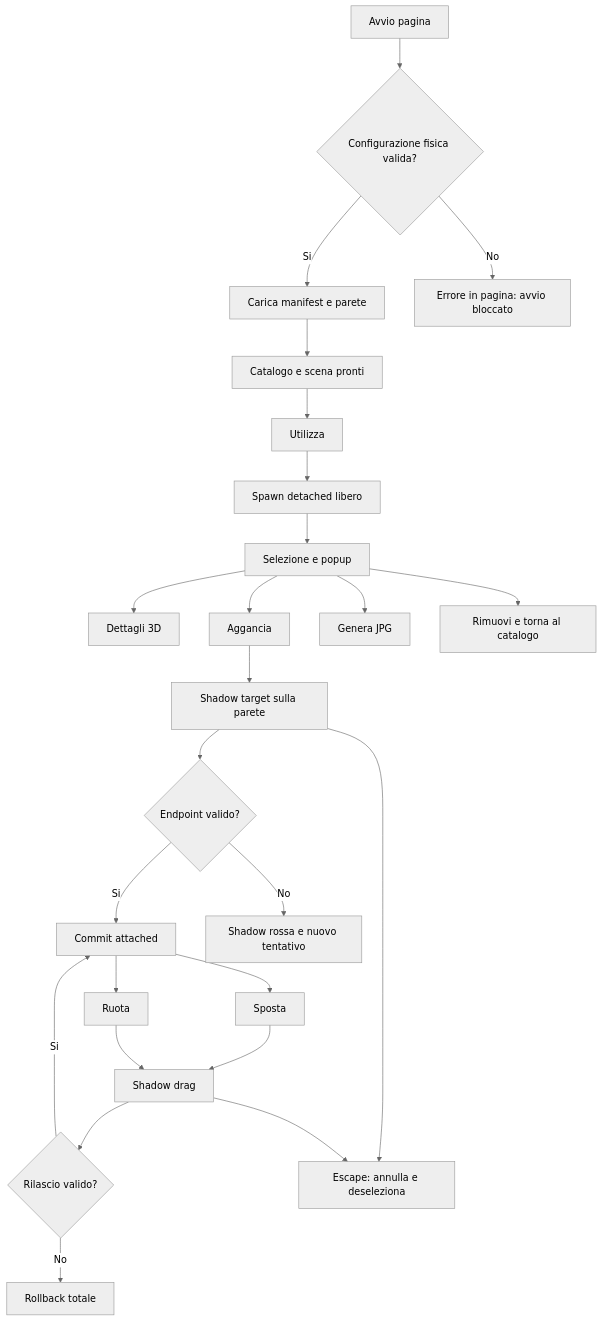
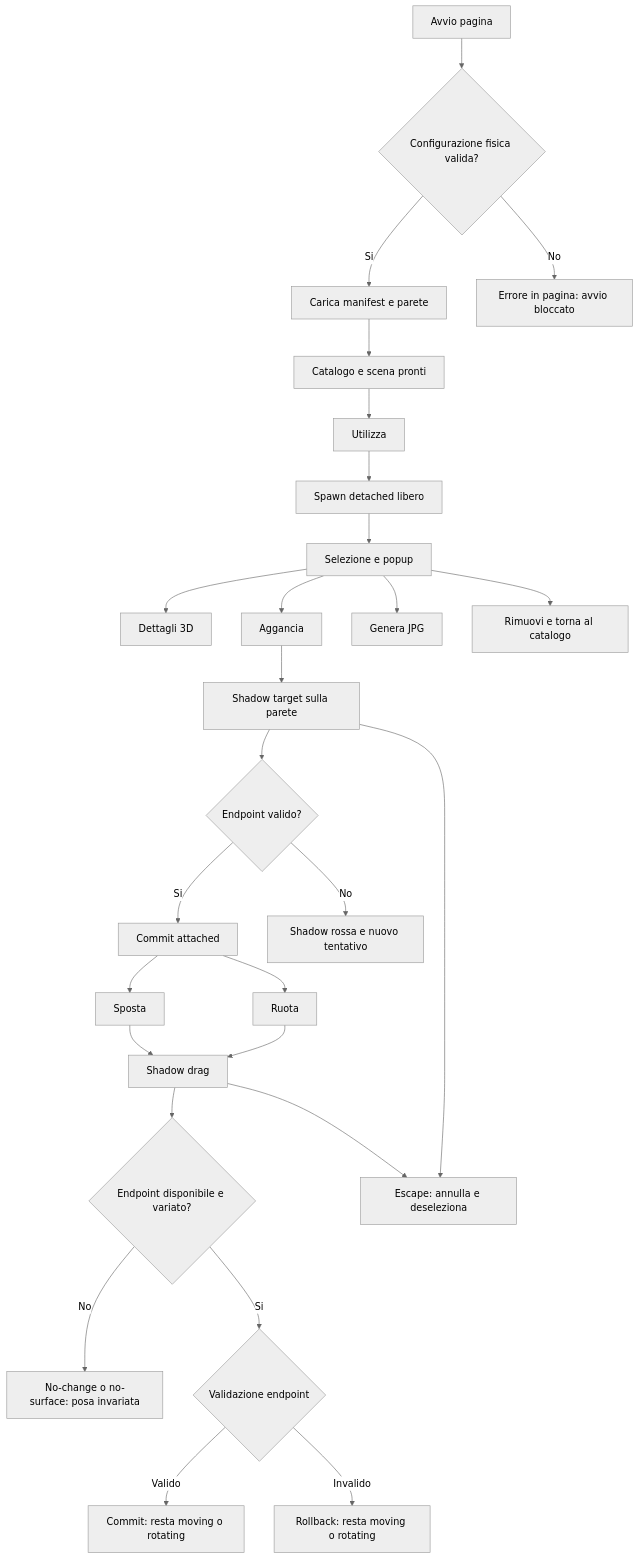
The sixth of 9 diagrams in gpt-5.6-sol/the-route-setter-beta/docs/applicazione.md (filippocurati/DEV.TEST-the-route-setter-beta), drawn with Mermaid (neutral theme) before and after one commit. The commit also changed other lines of this file and 93 other files, not shown here.

````diff
--- a/gpt-5.6-sol/the-route-setter-beta/docs/applicazione.md
+++ b/gpt-5.6-sol/the-route-setter-beta/docs/applicazione.md
@@ -129,27 +157,29 @@
 ```mermaid
 flowchart TD
   START[Avvio pagina] --> CONFIG{Configurazione fisica valida?}
   CONFIG -->|Si| LOAD[Carica manifest e parete]
   CONFIG -->|No| ERROR[Errore in pagina: avvio bloccato]
   LOAD --> READY[Catalogo e scena pronti]
   READY --> USE[Utilizza]
   USE --> SPAWN[Spawn detached libero]
   SPAWN --> SELECT[Selezione e popup]
   SELECT --> DETAILS[Dettagli 3D]
   SELECT --> ATTACH[Aggancia]
   ATTACH --> TARGET[Shadow target sulla parete]
   TARGET --> VALID{Endpoint valido?}
   VALID -->|Si| COMMIT[Commit attached]
   VALID -->|No| RETRY[Shadow rossa e nuovo tentativo]
   COMMIT --> MOVE[Sposta]
   COMMIT --> ROTATE[Ruota]
   MOVE --> PREVIEW[Shadow drag]
   ROTATE --> PREVIEW
-  PREVIEW --> ENDPOINT{Rilascio valido?}
-  ENDPOINT -->|Si| COMMIT
-  ENDPOINT -->|No| ROLLBACK[Rollback totale]
+  PREVIEW --> ENDPOINT{Endpoint disponibile e variato?}
+  ENDPOINT -->|No| UNCHANGED[No-change o no-surface: posa invariata]
+  ENDPOINT -->|Si| CHECK{Validazione endpoint}
+  CHECK -->|Valido| TRANSFORM[Commit: resta moving o rotating]
+  CHECK -->|Invalido| ROLLBACK[Rollback: resta moving o rotating]
   SELECT --> EXPORT[Genera JPG]
   SELECT --> REMOVE[Rimuovi e torna al catalogo]
   TARGET --> ESC[Escape: annulla e deseleziona]
   PREVIEW --> ESC
 ```
````
